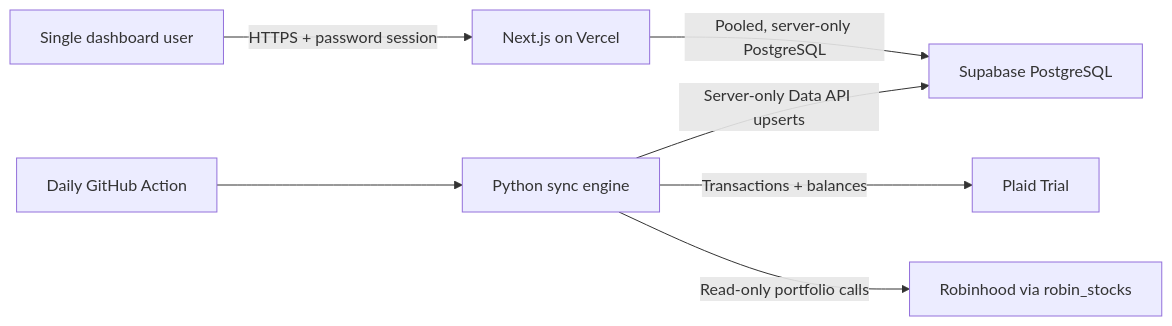
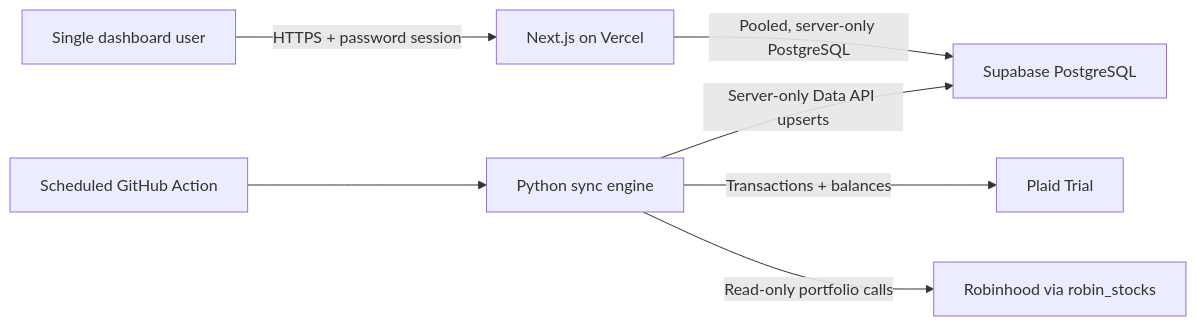
The diagram in README.md (Jet612/free-finance), drawn with Mermaid before and after one commit. The commit also changed other lines of this file and 8 other files, not shown here.

````diff
--- a/README.md
+++ b/README.md
@@ -36,9 +36,9 @@
 ```mermaid
 flowchart LR
     User["Single dashboard user"] -->|"HTTPS + password session"| Vercel["Next.js on Vercel"]
     Vercel -->|"Pooled, server-only PostgreSQL"| Supabase["Supabase PostgreSQL"]
-    Actions["Daily GitHub Action"] --> Sync["Python sync engine"]
+    Actions["Scheduled GitHub Action"] --> Sync["Python sync engine"]
     Sync -->|"Transactions + balances"| Plaid["Plaid Trial"]
     Sync -->|"Read-only portfolio calls"| Robinhood["Robinhood via robin_stocks"]
     Sync -->|"Server-only Data API upserts"| Supabase
 ```
````
